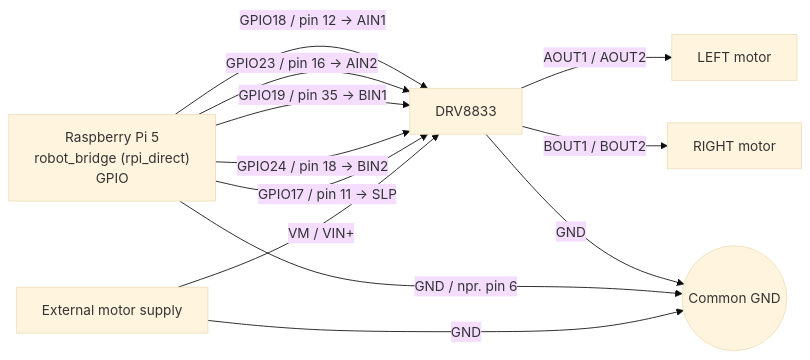
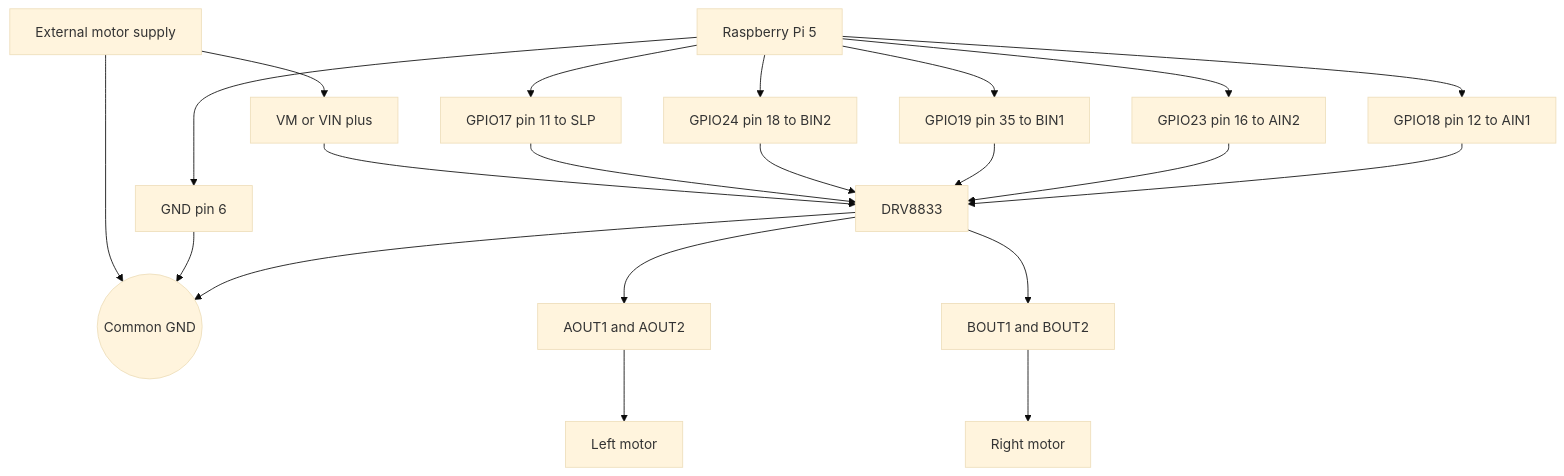
One commit to FilipSijak2/paper changed the diagram in CURRENT_WIRING_DIAGRAM.md. Above: the diagram before and after it, drawn with Mermaid (base theme).

Commit message:
Fix wiring Mermaid rendering

````diff
--- a/CURRENT_WIRING_DIAGRAM.md
+++ b/CURRENT_WIRING_DIAGRAM.md
@@ -15,23 +15,33 @@
 ```mermaid
-flowchart LR
-    SUPPLY["External motor supply"]
-    RPI["Raspberry Pi 5<br/>robot_bridge (rpi_direct)<br/>GPIO"]
-    DRV["DRV8833"]
-    LEFT["LEFT motor"]
-    RIGHT["RIGHT motor"]
-    GND(("Common GND"))
+flowchart TB
+    SUPPLY[External motor supply]
+    RPI[Raspberry Pi 5]
+    DRV[DRV8833]
+    LEFT[Left motor]
+    RIGHT[Right motor]
+    GND((Common GND))
 
-    SUPPLY -->|"VM / VIN+"| DRV
-    SUPPLY -->|"GND"| GND
+    SUPPLY --> VM[VM or VIN plus]
+    VM --> DRV
+    SUPPLY --> GND
 
-    RPI -->|"GPIO17 / pin 11 -> SLP"| DRV
-    RPI -->|"GPIO24 / pin 18 -> BIN2"| DRV
-    RPI -->|"GPIO19 / pin 35 -> BIN1"| DRV
-    RPI -->|"GPIO23 / pin 16 -> AIN2"| DRV
-    RPI -->|"GPIO18 / pin 12 -> AIN1"| DRV
-    RPI -->|"GND / npr. pin 6"| GND
+    RPI --> P17[GPIO17 pin 11 to SLP]
+    RPI --> P24[GPIO24 pin 18 to BIN2]
+    RPI --> P19[GPIO19 pin 35 to BIN1]
+    RPI --> P23[GPIO23 pin 16 to AIN2]
+    RPI --> P18[GPIO18 pin 12 to AIN1]
+    RPI --> RPIGND[GND pin 6]
 
-    DRV -->|"AOUT1 / AOUT2"| LEFT
-    DRV -->|"BOUT1 / BOUT2"| RIGHT
-    DRV -->|"GND"| GND
+    P17 --> DRV
+    P24 --> DRV
+    P19 --> DRV
+    P23 --> DRV
+    P18 --> DRV
+    RPIGND --> GND
+    DRV --> GND
+
+    DRV --> AOUT[AOUT1 and AOUT2]
+    DRV --> BOUT[BOUT1 and BOUT2]
+    AOUT --> LEFT
+    BOUT --> RIGHT
 ```
````
